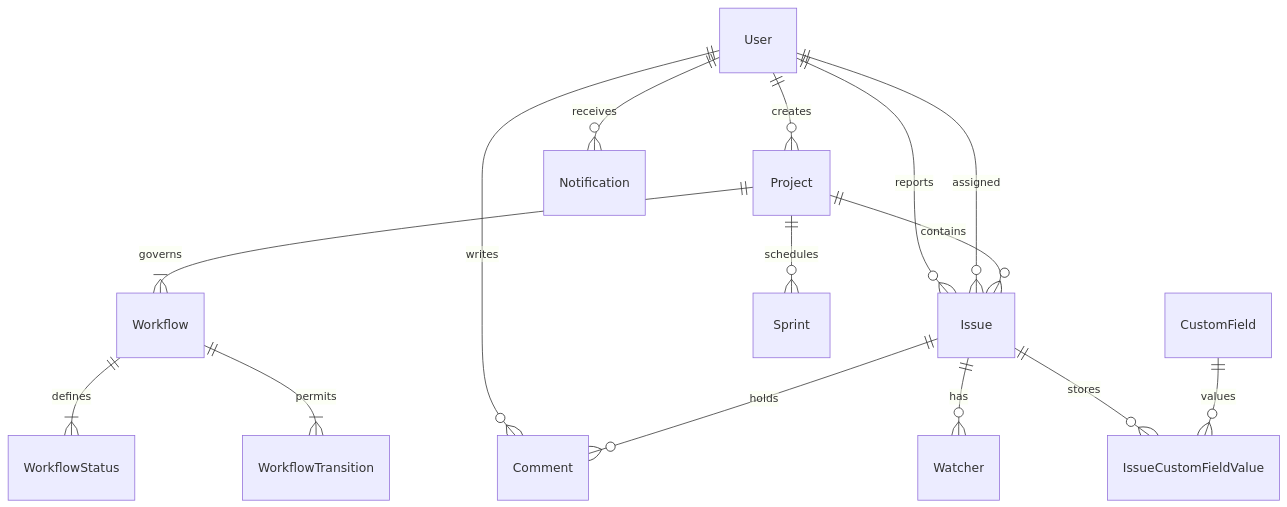
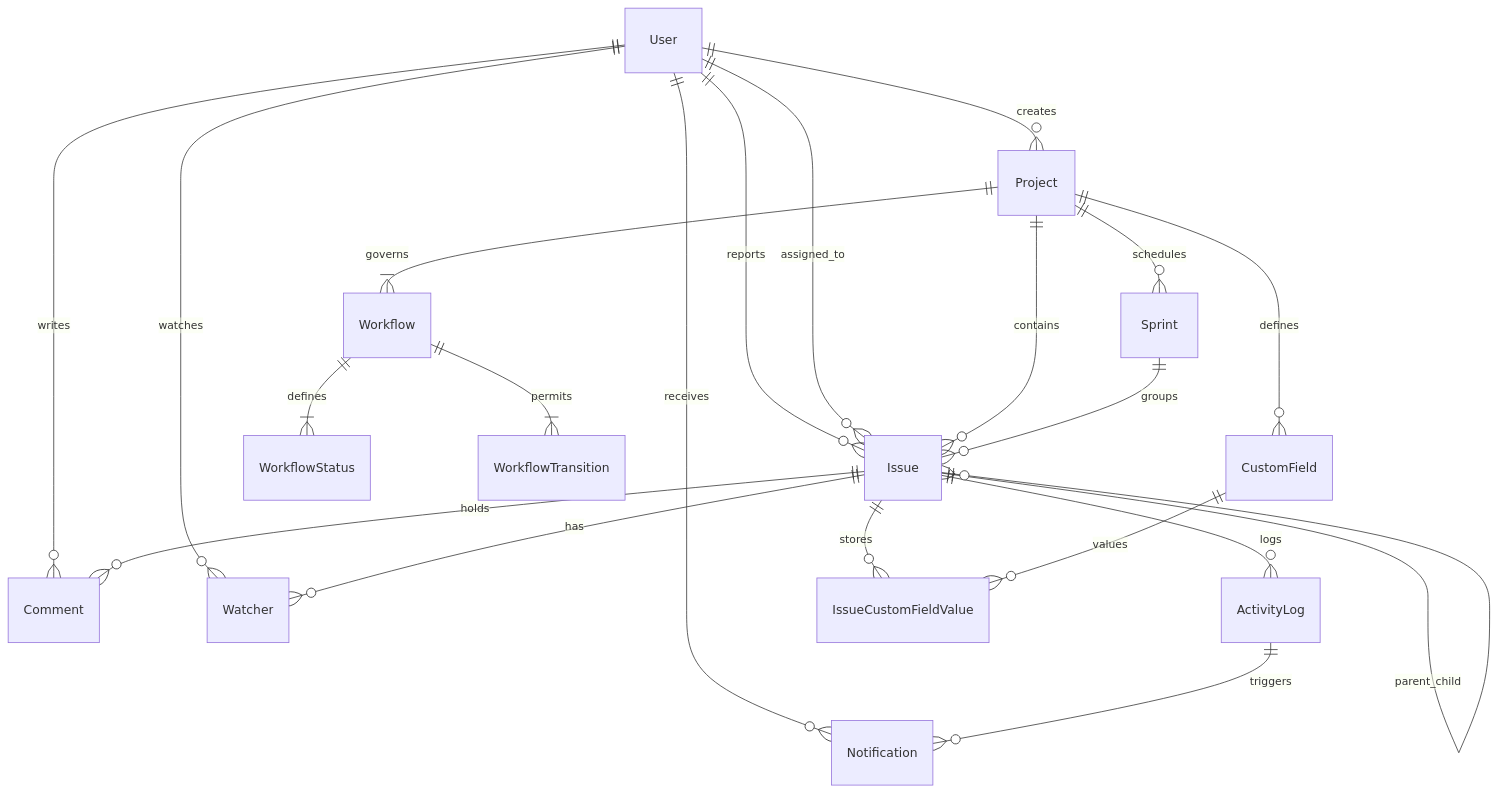
One commit to Ansh7fe/swiggy-assesment changed the diagram in README.md. Above: the diagram before and after it, drawn with Mermaid. The commit also changed other lines of this file, not shown here.

Commit message:
docs: update README for improved clarity and structure, enhancing project overview and technical details

````diff
--- a/README.md
+++ b/README.md
@@ -96,17 +102,28 @@
 ```mermaid
 erDiagram
     User ||--o{ Project : creates
     User ||--o{ Issue : reports
-    User ||--o{ Issue : assigned
+    User ||--o{ Issue : assigned_to
     User ||--o{ Comment : writes
     User ||--o{ Notification : receives
+    User ||--o{ Watcher : watches
+
     Project ||--|{ Workflow : governs
     Project ||--o{ Sprint : schedules
     Project ||--o{ Issue : contains
+    Project ||--o{ CustomField : defines
+
     Workflow ||--|{ WorkflowStatus : defines
     Workflow ||--|{ WorkflowTransition : permits
+
+    Sprint ||--o{ Issue : groups
+
     Issue ||--o{ Comment : holds
     Issue ||--o{ Watcher : has
+    Issue ||--o{ ActivityLog : logs
     Issue ||--o{ IssueCustomFieldValue : stores
+    Issue ||--o{ Issue : parent_child
+
     CustomField ||--o{ IssueCustomFieldValue : values
+    ActivityLog ||--o{ Notification : triggers
 ```
````
